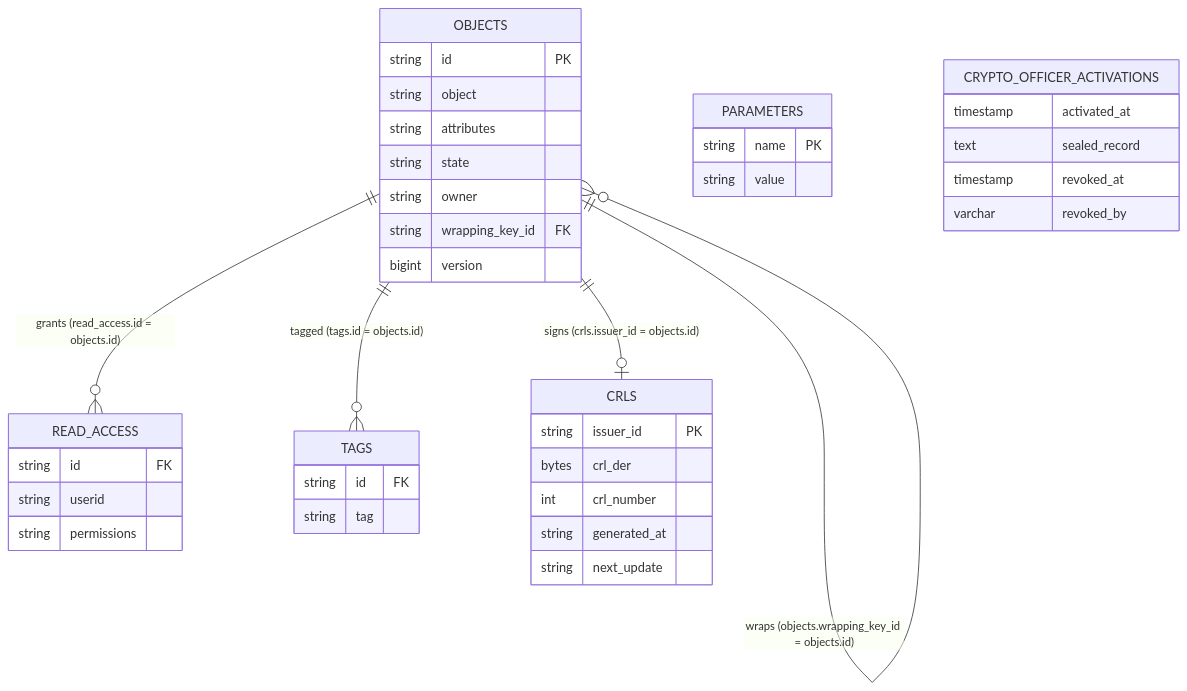
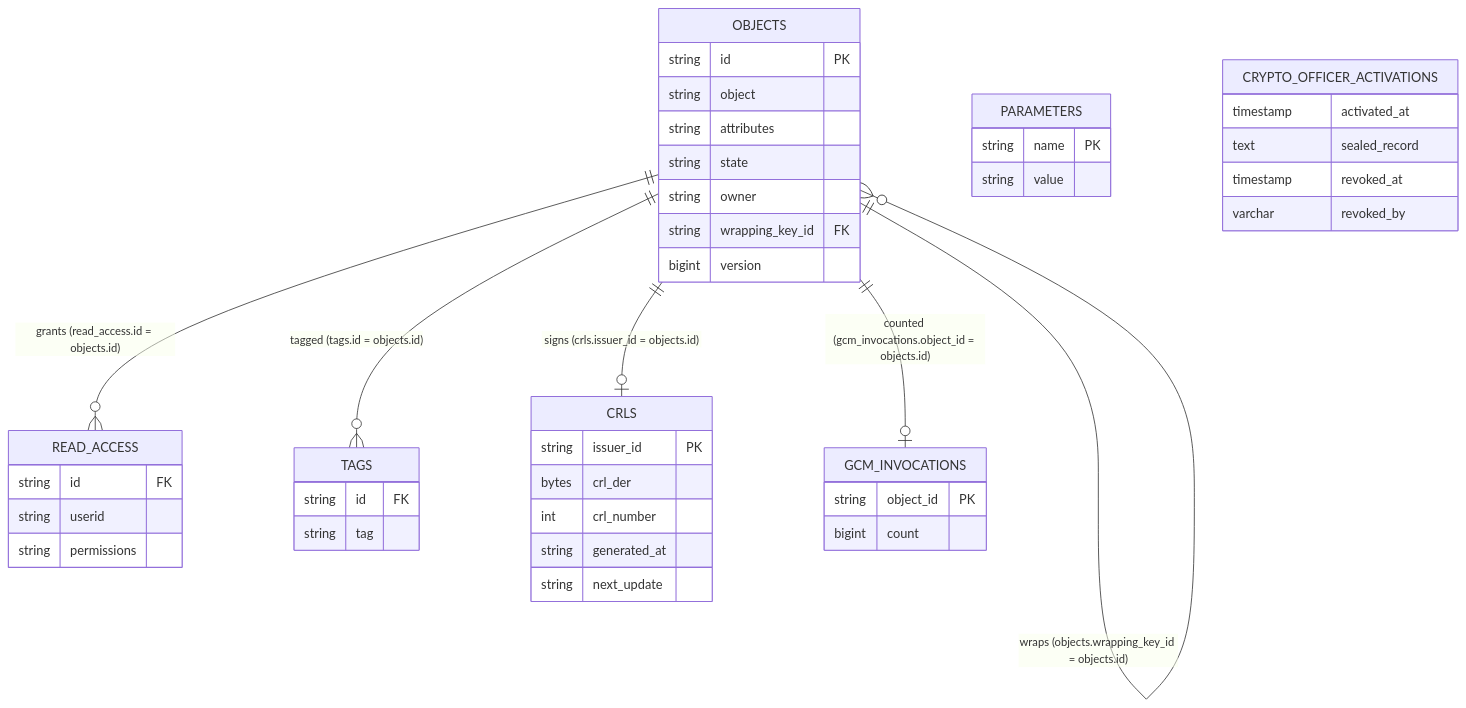
The diagram in documentation/docs/configuration/database/tables.md (Cosmian/kms), drawn with Mermaid before and after one commit. The commit also changed other lines of this file and 56 other files, not shown here.

````diff
--- a/documentation/docs/configuration/database/tables.md
+++ b/documentation/docs/configuration/database/tables.md
@@ -25,42 +26,47 @@
 ```mermaid
 erDiagram
     OBJECTS ||--o{ READ_ACCESS : "grants (read_access.id = objects.id)"
     OBJECTS ||--o{ TAGS : "tagged (tags.id = objects.id)"
     OBJECTS ||--o{ OBJECTS : "wraps (objects.wrapping_key_id = objects.id)"
     OBJECTS ||--o| CRLS : "signs (crls.issuer_id = objects.id)"
+    OBJECTS ||--o| GCM_INVOCATIONS : "counted (gcm_invocations.object_id = objects.id)"
     PARAMETERS {
         string name PK
         string value
     }
     OBJECTS {
         string id PK
         string object
         string attributes
         string state
         string owner
         string wrapping_key_id FK
         bigint version
     }
     READ_ACCESS {
         string id FK
         string userid
         string permissions
     }
     TAGS {
         string id FK
         string tag
     }
     CRLS {
         string issuer_id PK
         bytes  crl_der
         int    crl_number
         string generated_at
         string next_update
     }
+    GCM_INVOCATIONS {
+        string object_id PK
+        bigint count
+    }
     CRYPTO_OFFICER_ACTIVATIONS {
         timestamp activated_at
         text sealed_record
         timestamp revoked_at
         varchar revoked_by
     }
 ```
````
